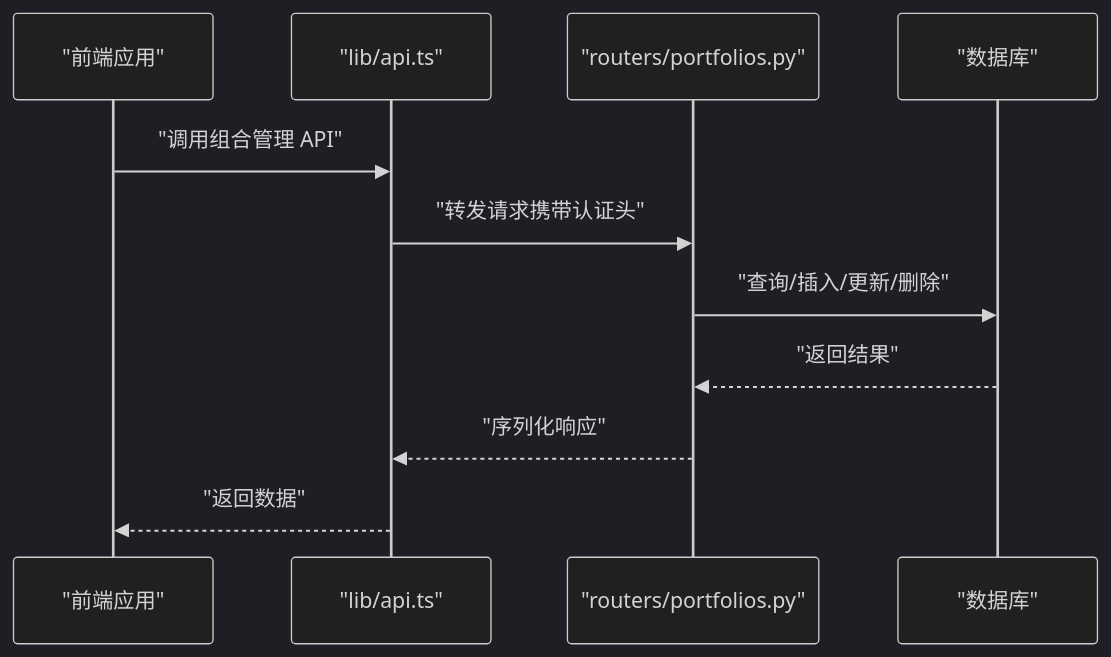
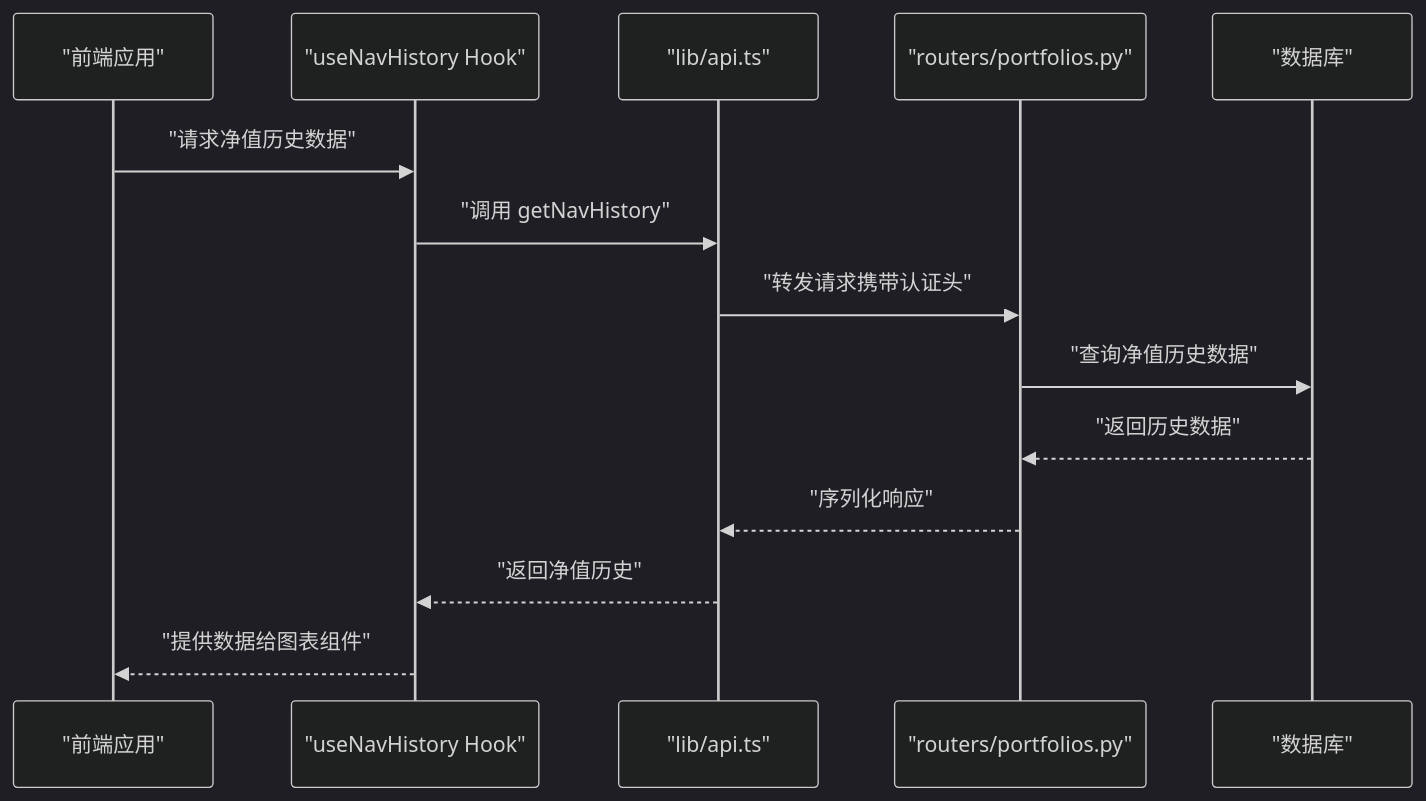
One commit to gujialind/InvestRing changed the second of 10 diagrams in .qoder/repowiki/zh/content/核心业务功能/投资组合管理.md. Above: the diagram before and after it, drawn with Mermaid (dark theme). The commit also changed other lines of this file and 32 other files, not shown here.

````diff
--- a/.qoder/repowiki/zh/content/核心业务功能/投资组合管理.md
+++ b/.qoder/repowiki/zh/content/核心业务功能/投资组合管理.md
@@ -113,13 +124,16 @@
 ```mermaid
 sequenceDiagram
 participant FE as "前端应用"
+participant Hooks as "useNavHistory Hook"
 participant API as "lib/api.ts"
 participant Router as "routers/portfolios.py"
 participant DB as "数据库"
-FE->>API : "调用组合管理 API"
+FE->>Hooks : "请求净值历史数据"
+Hooks->>API : "调用 getNavHistory"
 API->>Router : "转发请求携带认证头"
-Router->>DB : "查询/插入/更新/删除"
-DB-->>Router : "返回结果"
+Router->>DB : "查询净值历史数据"
+DB-->>Router : "返回历史数据"
 Router-->>API : "序列化响应"
-API-->>FE : "返回数据"
+API-->>Hooks : "返回净值历史"
+Hooks-->>FE : "提供数据给图表组件"
 ```
````
